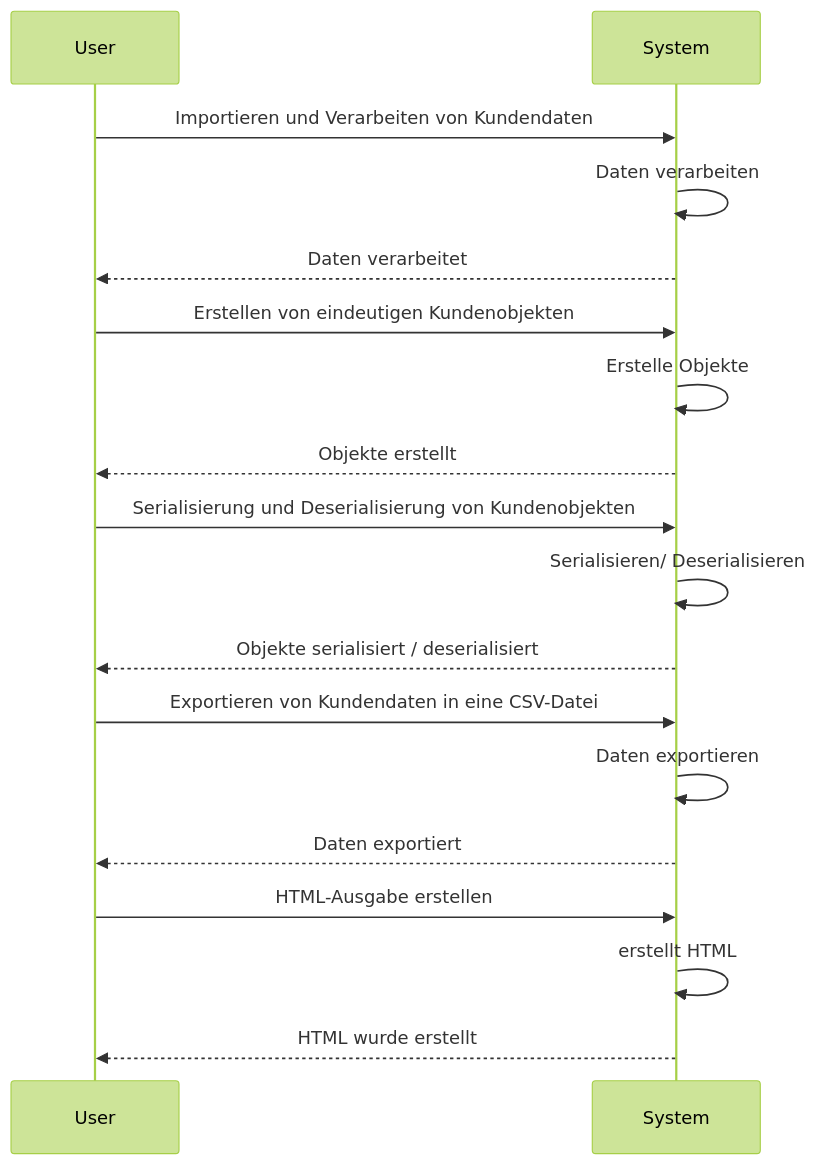
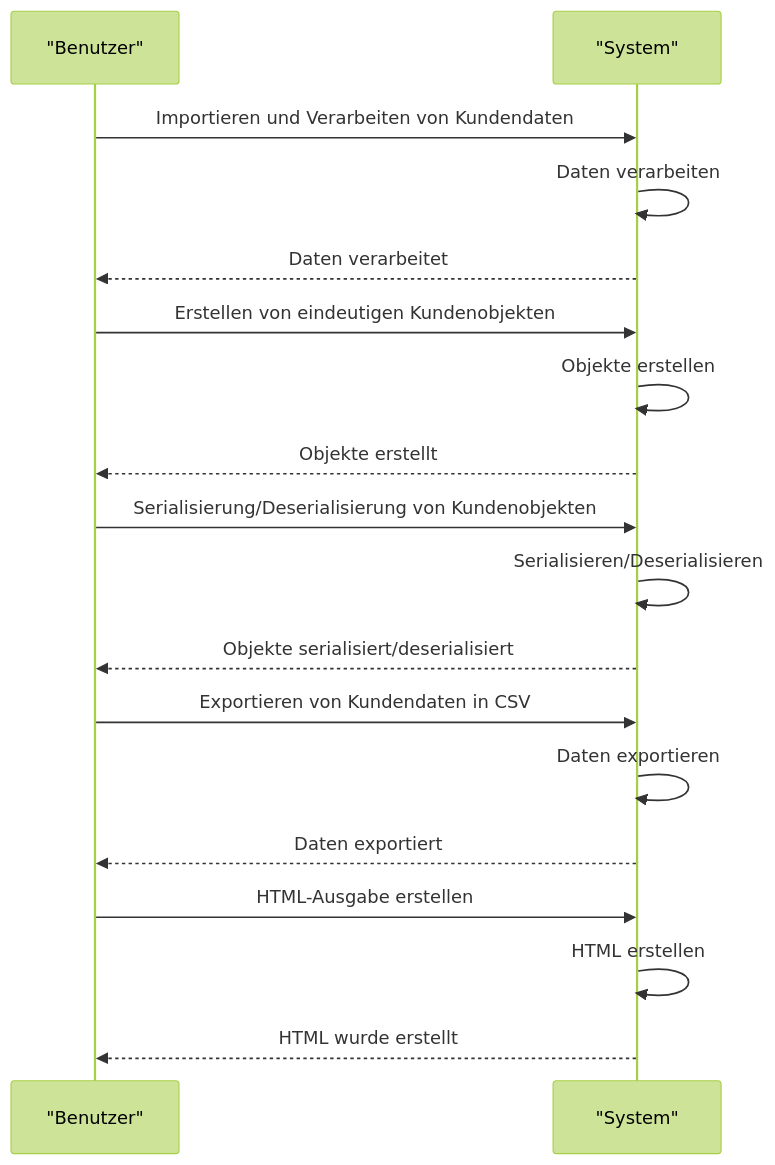
Before and after one commit to MartinBeuth/Data-Scraping: the first of 6 diagrams in README.md, drawn with Mermaid (forest theme). The commit also changed other lines of this file, not shown here.

````diff
--- a/README.md
+++ b/README.md
@@ -40,19 +40,31 @@
 ```mermaid
 
 sequenceDiagram
+    participant User as "Benutzer"
+    participant System as "System"
+
+    %% Importieren und Verarbeiten von Kundendaten
     User ->> System: Importieren und Verarbeiten von Kundendaten
     System ->> System: Daten verarbeiten
     System -->> User: Daten verarbeitet
+
+    %% Erstellen von eindeutigen Kundenobjekten
     User ->> System: Erstellen von eindeutigen Kundenobjekten
-    System ->> System: Erstelle Objekte
+    System ->> System: Objekte erstellen
     System -->> User: Objekte erstellt
-    User ->> System: Serialisierung und Deserialisierung von Kundenobjekten
-    System ->> System: Serialisieren/ Deserialisieren
-    System -->> User: Objekte serialisiert / deserialisiert
-    User ->> System: Exportieren von Kundendaten in eine CSV-Datei
+
+    %% Serialisierung und Deserialisierung von Kundenobjekten
+    User ->> System: Serialisierung/Deserialisierung von Kundenobjekten
+    System ->> System: Serialisieren/Deserialisieren
+    System -->> User: Objekte serialisiert/deserialisiert
+
+    %% Exportieren von Kundendaten in eine CSV-Datei
+    User ->> System: Exportieren von Kundendaten in CSV
     System ->> System: Daten exportieren
     System -->> User: Daten exportiert
+
+    %% HTML-Ausgabe erstellen
     User ->> System: HTML-Ausgabe erstellen
-    System ->> System: erstellt HTML
+    System ->> System: HTML erstellen
     System -->> User: HTML wurde erstellt
 ```
````
